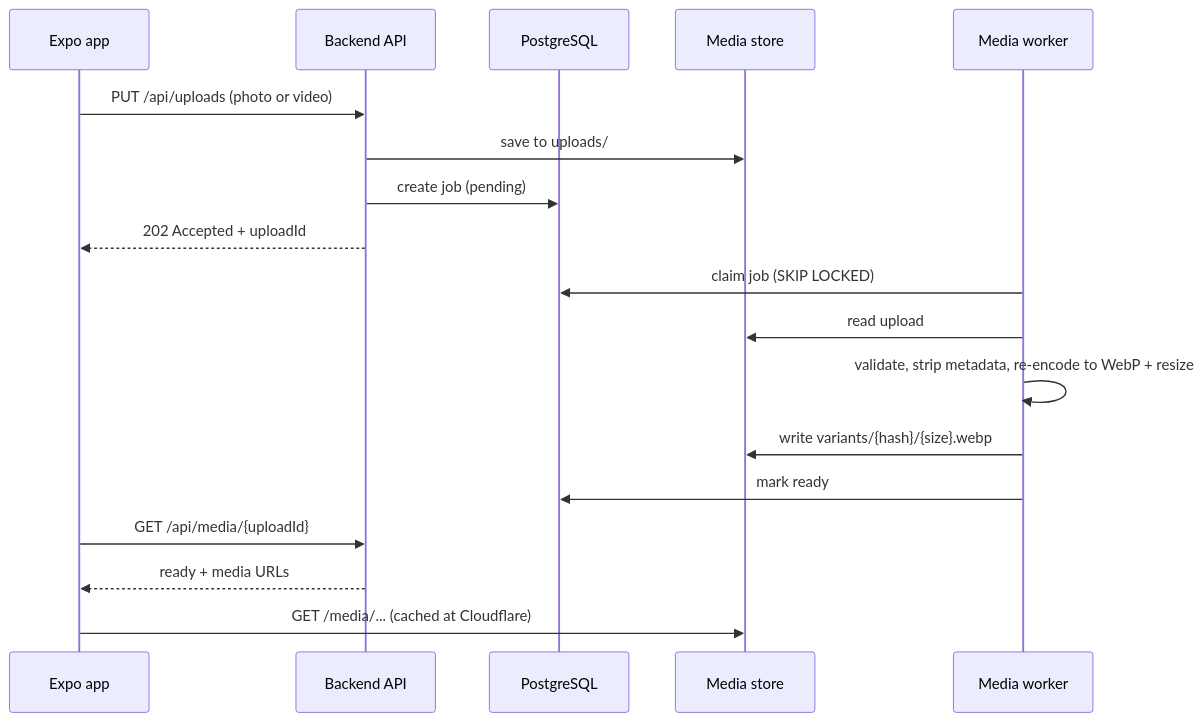
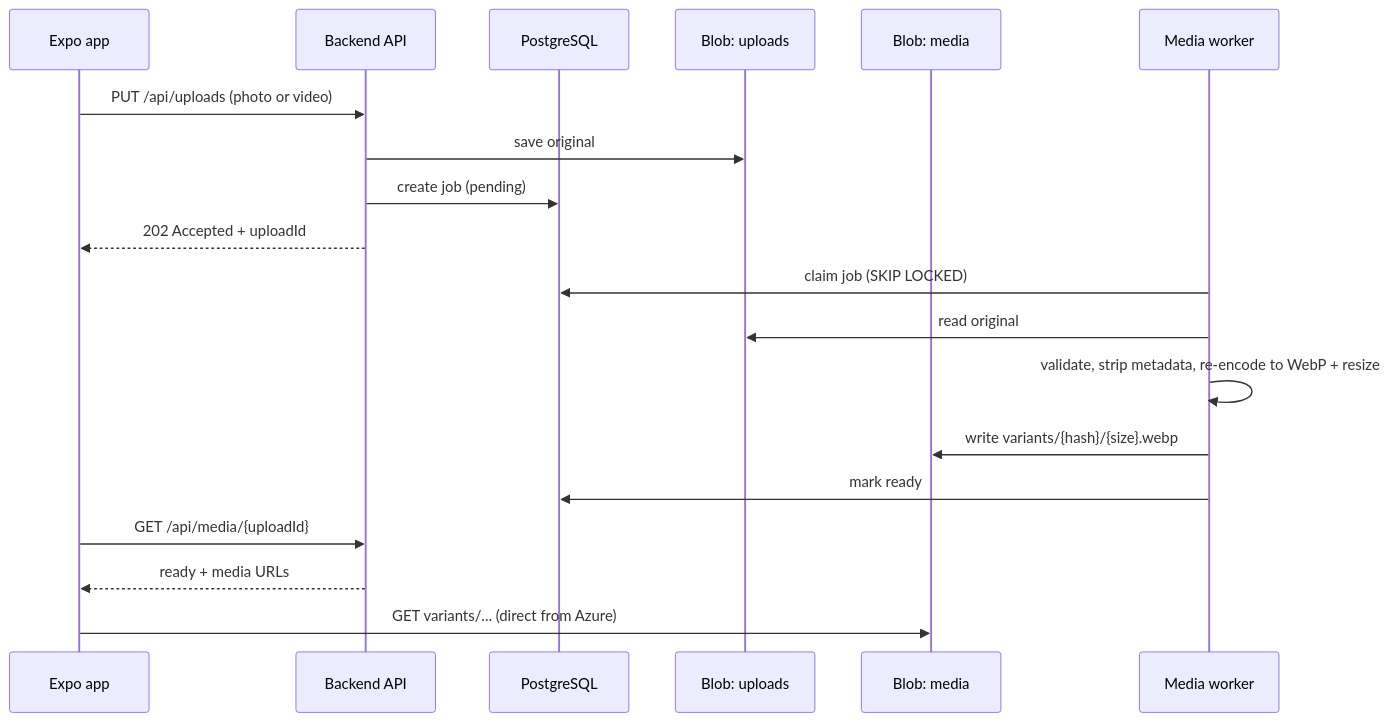
The second of 2 diagrams in ServiceDiagram.md (Aarhus-tech-project/2026q4-h5-projektstyring-og-app-programmering-group-2), drawn with Mermaid before and after one commit. The commit also changed other lines of this file, not shown here.

First line of the commit message:
Switch media storage to Azure Blob Storage in service diagram

````diff
--- a/ServiceDiagram.md
+++ b/ServiceDiagram.md
@@ -54,23 +64,24 @@
 ```mermaid
 sequenceDiagram
     participant App as Expo app
     participant API as Backend API
     participant DB as PostgreSQL
-    participant Store as Media store
+    participant Up as Blob: uploads
+    participant Media as Blob: media
     participant W as Media worker
 
     App->>API: PUT /api/uploads (photo or video)
-    API->>Store: save to uploads/
+    API->>Up: save original
     API->>DB: create job (pending)
     API-->>App: 202 Accepted + uploadId
 
     W->>DB: claim job (SKIP LOCKED)
-    W->>Store: read upload
+    W->>Up: read original
     W->>W: validate, strip metadata, re-encode to WebP + resize
-    W->>Store: write variants/{hash}/{size}.webp
+    W->>Media: write variants/{hash}/{size}.webp
     W->>DB: mark ready
 
     App->>API: GET /api/media/{uploadId}
     API-->>App: ready + media URLs
-    App->>Store: GET /media/... (cached at Cloudflare)
+    App->>Media: GET variants/... (direct from Azure)
 ```
````
